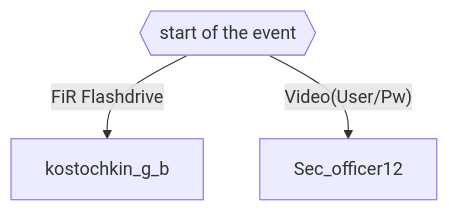
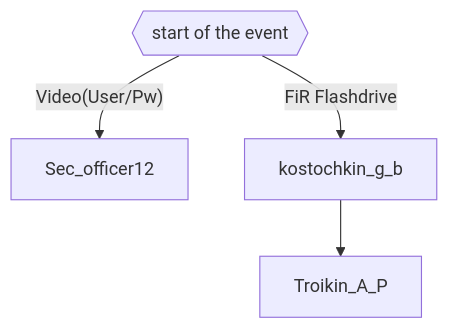
The diagram in README.md (3ncy/ARRS-s6), drawn with Mermaid before and after one commit. The commit also changed other lines of this file and 1 other file, not shown here.

Commit message:
add Troikin_A_P

````diff
--- a/README.md
+++ b/README.md
@@ -9,5 +10,6 @@
 ```mermaid
 graph TD;
+    start{{start of the event}} --Video(User/Pw)--> Sec_officer12;
     start{{start of the event}} --FiR Flashdrive--> kostochkin_g_b;
-    start{{start of the event}} --Video(User/Pw)--> Sec_officer12;
+    kostochkin_g_b --> Troikin_A_P;
 ```
````
